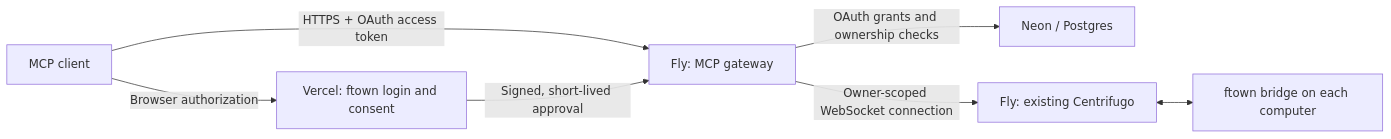
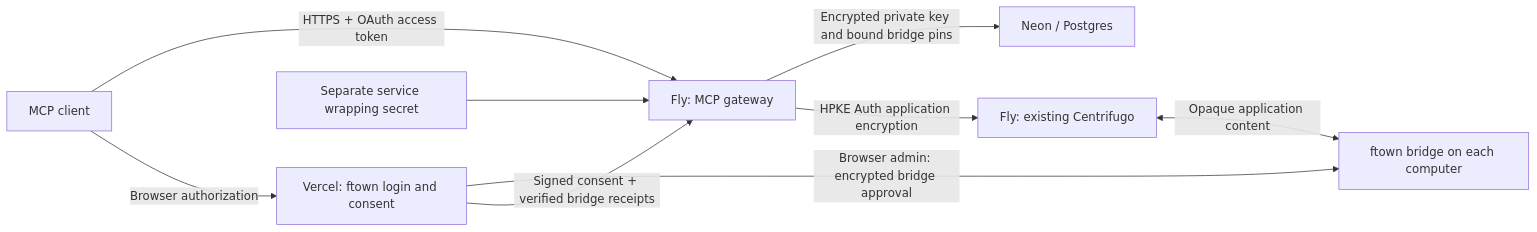
The diagram in docs/mcp.md (fmktech/ftown), drawn with Mermaid before and after one commit. The commit also changed other lines of this file and 199 other files, not shown here.

````diff
--- a/docs/mcp.md
+++ b/docs/mcp.md
@@ -7,9 +7,11 @@
 ```mermaid
 flowchart LR
   Agent[MCP client] -->|HTTPS + OAuth access token| Gateway[Fly: MCP gateway]
   Agent -->|Browser authorization| UI[Vercel: ftown login and consent]
-  UI -->|Signed, short-lived approval| Gateway
-  Gateway -->|OAuth grants and ownership checks| DB[Neon / Postgres]
-  Gateway -->|Owner-scoped WebSocket connection| Relay[Fly: existing Centrifugo]
-  Relay <--> Bridge[ftown bridge on each computer]
+  UI -->|Browser admin: encrypted bridge approval| Bridge[ftown bridge on each computer]
+  UI -->|Signed consent + verified bridge receipts| Gateway
+  Gateway -->|Encrypted private key and bound bridge pins| DB[Neon / Postgres]
+  WrappingSecret[Separate service wrapping secret] --> Gateway
+  Gateway -->|HPKE Auth application encryption| Relay[Fly: existing Centrifugo]
+  Relay <-->|Opaque application content| Bridge
 ```
````
